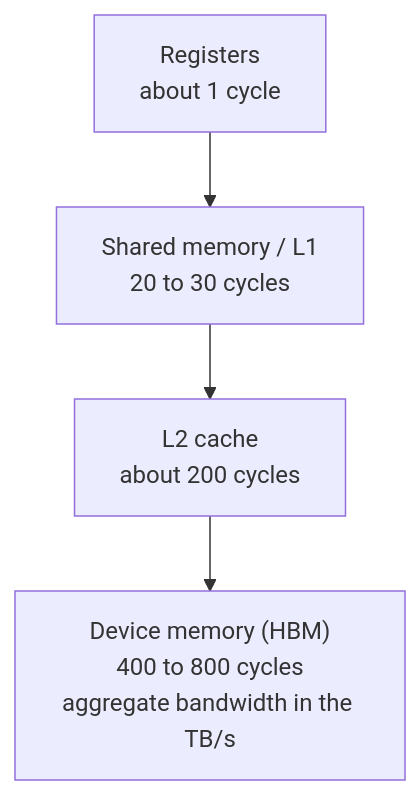
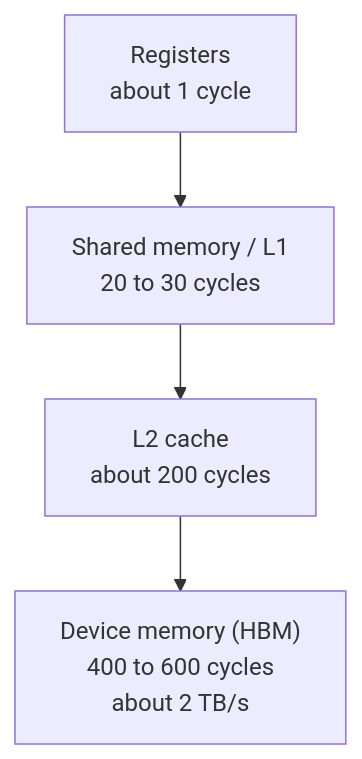
Before and after one commit to arpanpathak/cracking-the-systems-programming-interview: the second of 6 diagrams in systems_design/01-gpu-execution-model.md, drawn with Mermaid. The commit also changed other lines of this file and 5 other files, not shown here.

````diff
--- a/systems_design/01-gpu-execution-model.md
+++ b/systems_design/01-gpu-execution-model.md
@@ -62,9 +60,9 @@
 ```mermaid
 flowchart TB
     REG["Registers<br/>about 1 cycle"]
     SHM["Shared memory / L1<br/>20 to 30 cycles"]
     L2["L2 cache<br/>about 200 cycles"]
-    HBM["Device memory (HBM)<br/>400 to 800 cycles<br/>aggregate bandwidth in the TB/s"]
+    HBM["Device memory (HBM)<br/>400 to 600 cycles<br/>about 2 TB/s"]
 
     REG --> SHM --> L2 --> HBM
 ```
````
